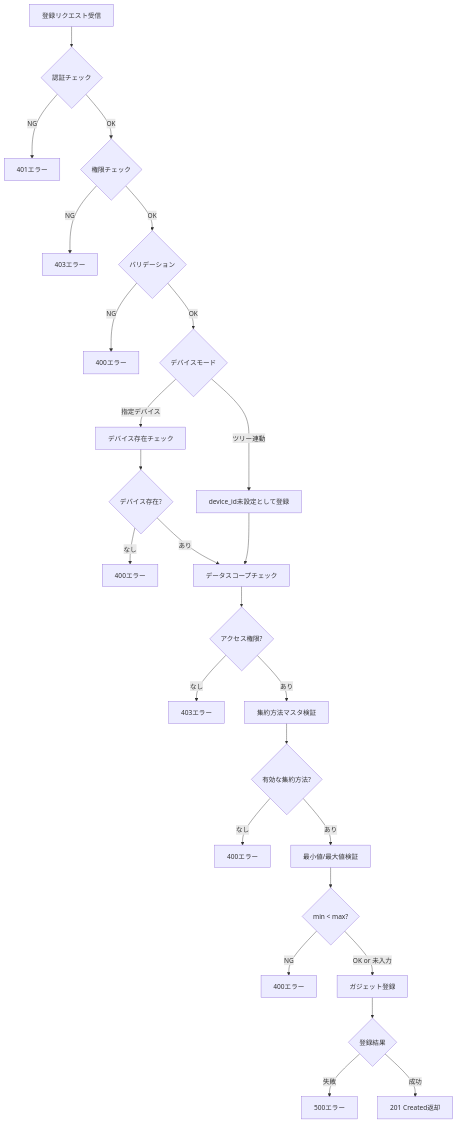
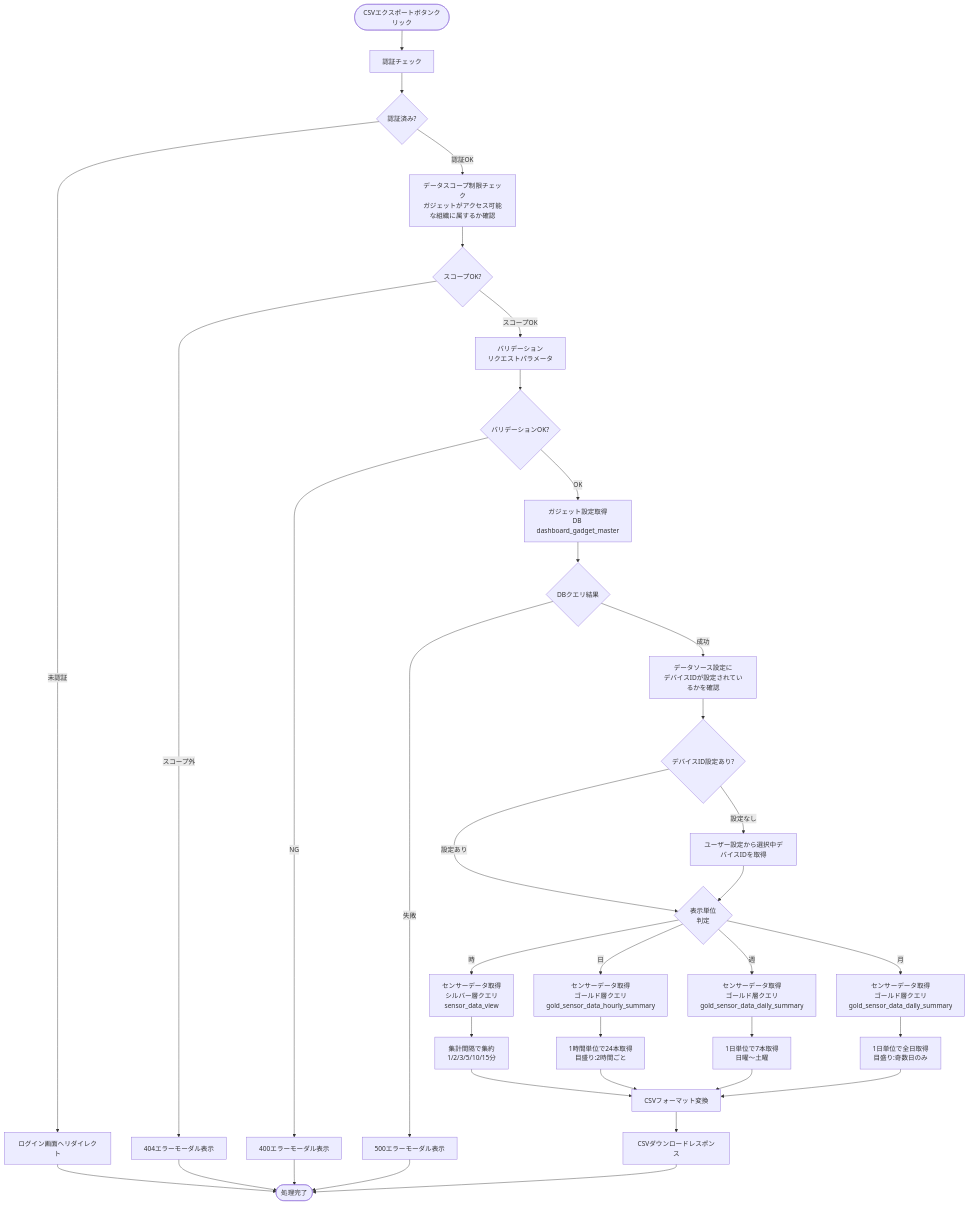
One commit to NSW-SVCP-AIWG002/Databricks-IoT changed the fourth of 4 diagrams in docs/03-features/flask-app/customer-dashboard/bar-chart/workflow-specification.md. Above: the diagram before and after it, drawn with Mermaid. The commit also changed other lines of this file and 7 other files, not shown here.

````diff
--- a/docs/03-features/flask-app/customer-dashboard/bar-chart/workflow-specification.md
+++ b/docs/03-features/flask-app/customer-dashboard/bar-chart/workflow-specification.md
@@ -972,28 +1085,50 @@
 ```mermaid
 flowchart TD
-    A[登録リクエスト受信] --> B{認証チェック}
-    B -->|NG| C[401エラー]
-    B -->|OK| D{権限チェック}
-    D -->|NG| E[403エラー]
-    D -->|OK| F{バリデーション}
-    F -->|NG| G[400エラー]
-    F -->|OK| H{デバイスモード}
-    H -->|指定デバイス| I[デバイス存在チェック]
-    H -->|ツリー連動| J[device_id未設定として登録]
-    I --> K{デバイス存在?}
-    K -->|なし| L[400エラー]
-    K -->|あり| M[データスコープチェック]
-    J --> M
-    M --> N{アクセス権限?}
-    N -->|なし| O[403エラー]
-    N -->|あり| P[集約方法マスタ検証]
-    P --> Q{有効な集約方法?}
-    Q -->|なし| R[400エラー]
-    Q -->|あり| S[最小値/最大値検証]
-    S --> T{min < max?}
-    T -->|NG| U[400エラー]
-    T -->|OK or 未入力| V[ガジェット登録]
-    V --> W{登録結果}
-    W -->|失敗| X[500エラー]
-    W -->|成功| Y[201 Created返却]
+    Start([CSVエクスポートボタンクリック]) --> Auth[認証チェック]
+    Auth --> CheckAuth{認証済み?}
+    CheckAuth -->|未認証| LoginRedirect[ログイン画面へリダイレクト]
+    CheckAuth -->|認証OK| Scope[データスコープ制限チェック<br>ガジェットがアクセス可能な組織に属するか確認]
+
+    Scope --> CheckScope{スコープOK?}
+    CheckScope -->|スコープ外| Error404[404エラーモーダル表示]
+    CheckScope -->|スコープOK| Validate[バリデーション<br>リクエストパラメータ]
+
+    Validate --> CheckValidate{バリデーションOK?}
+    CheckValidate -->|NG| Error400[400エラーモーダル表示]
+    CheckValidate -->|OK| GetConfig[ガジェット設定取得<br>DB dashboard_gadget_master]
+
+    GetConfig --> CheckGetConfig{DBクエリ結果}
+    CheckGetConfig -->|失敗| Error500[500エラーモーダル表示]
+    CheckGetConfig -->|成功| CheckDeviceId[データソース設定に<br>デバイスIDが設定されているかを確認]
+
+    CheckDeviceId --> ExistDeviceId{デバイスID設定あり?}
+    ExistDeviceId -->|設定なし| GetUserSetting[ユーザー設定から選択中デバイスIDを取得]
+    ExistDeviceId -->|設定あり| UnitCheck{表示単位<br>判定}
+
+    GetUserSetting --> UnitCheck
+
+    UnitCheck -->|時| QuerySilver[センサーデータ取得<br>シルバー層クエリ<br>sensor_data_view]
+    QuerySilver --> AggregateSilver[集計間隔で集約<br>1/2/3/5/10/15分]
+
+    UnitCheck -->|日| QueryGoldDay[センサーデータ取得<br>ゴールド層クエリ<br>gold_sensor_data_hourly_summary]
+    QueryGoldDay --> AggregateDay[1時間単位で24本取得<br>目盛り:2時間ごと]
+
+    UnitCheck -->|週| QueryGoldWeek[センサーデータ取得<br>ゴールド層クエリ<br>gold_sensor_data_daily_summary]
+    QueryGoldWeek --> AggregateWeek[1日単位で7本取得<br>日曜〜土曜]
+
+    UnitCheck -->|月| QueryGoldMonth[センサーデータ取得<br>ゴールド層クエリ<br>gold_sensor_data_daily_summary]
+    QueryGoldMonth --> AggregateMonth[1日単位で全日取得<br>目盛り:奇数日のみ]
+
+    AggregateSilver --> FormatCSV[CSVフォーマット変換]
+    AggregateDay --> FormatCSV
+    AggregateWeek --> FormatCSV
+    AggregateMonth --> FormatCSV
+
+    FormatCSV --> Response[CSVダウンロードレスポンス]
+
+    LoginRedirect --> End([処理完了])
+    Error404 --> End
+    Error400 --> End
+    Error500 --> End
+    Response --> End
 ```
````
